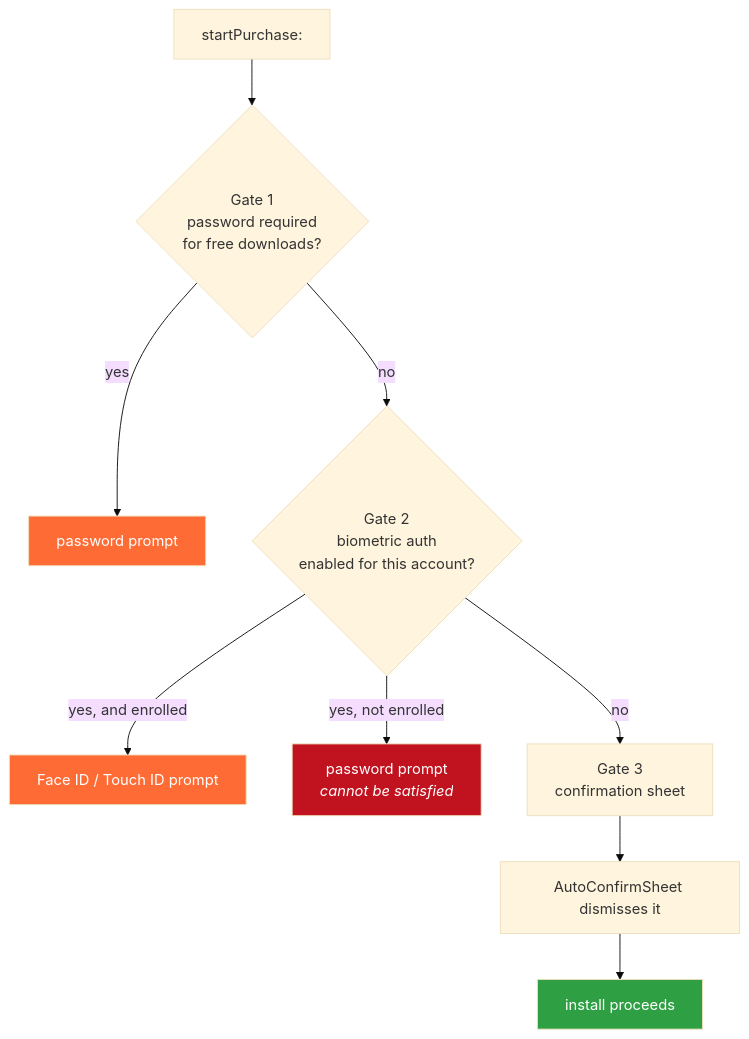
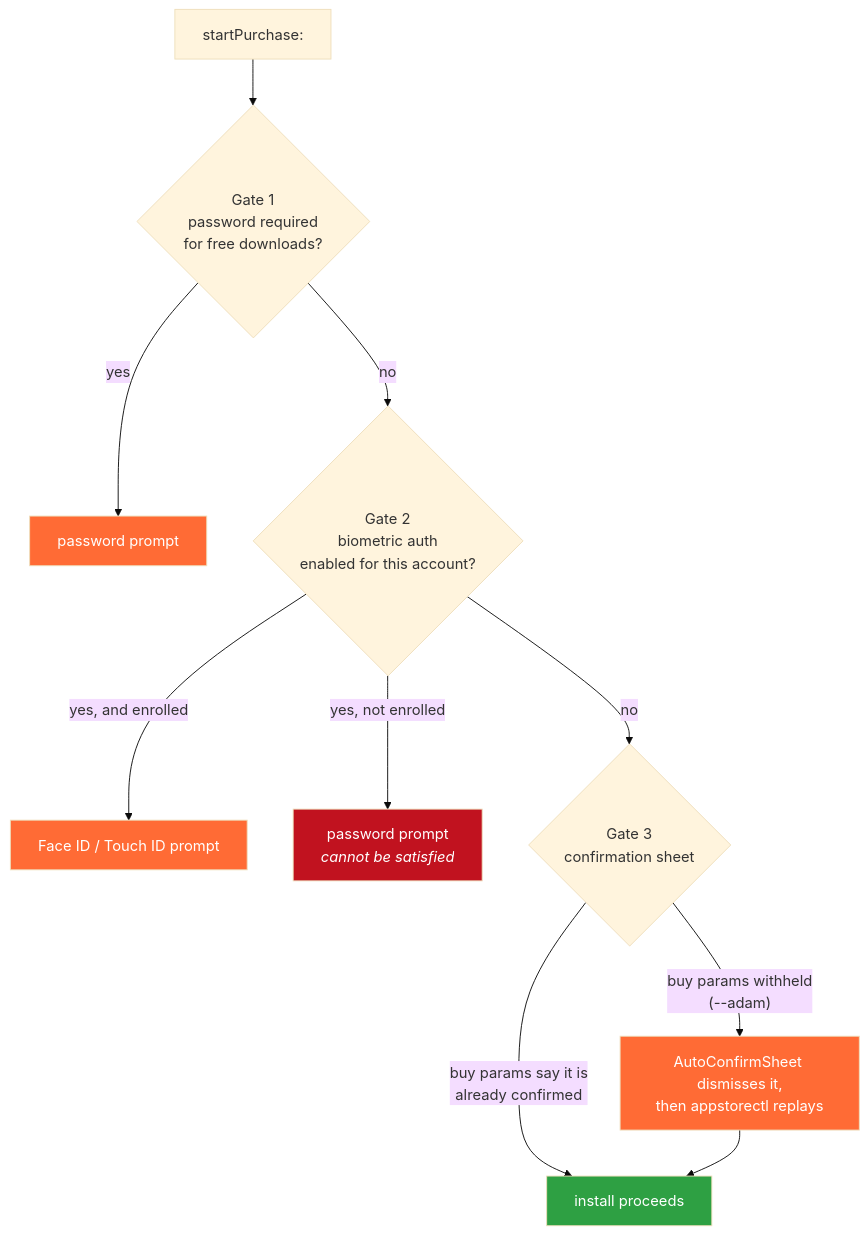
One commit to appknox/appstorectl changed the fourth of 8 diagrams in docs/HOW-IT-WORKS.md. Above: the diagram before and after it, drawn with Mermaid (base theme). The commit also changed other lines of this file and 4 other files, not shown here.

Commit message:
docs: update internal purchase flow

````diff
--- a/docs/HOW-IT-WORKS.md
+++ b/docs/HOW-IT-WORKS.md
@@ -152,16 +178,18 @@
 ```mermaid
 flowchart TD
     Start["startPurchase:"] --> G1{"Gate 1<br/>password required<br/>for free downloads?"}
     G1 -->|yes| P1["password prompt"]
     G1 -->|no| G2{"Gate 2<br/>biometric auth<br/>enabled for this account?"}
     G2 -->|yes, and enrolled| P2["Face ID / Touch ID prompt"]
     G2 -->|yes, not enrolled| P3["password prompt<br/><i>cannot be satisfied</i>"]
-    G2 -->|no| G3["Gate 3<br/>confirmation sheet"]
-    G3 --> T["AutoConfirmSheet dismisses it"]
-    T --> OK["install proceeds"]
+    G2 -->|no| G3{"Gate 3<br/>confirmation sheet"}
+    G3 -->|"buy params say it is<br/>already confirmed"| OK["install proceeds"]
+    G3 -->|"buy params withheld<br/>(--adam)"| T["AutoConfirmSheet dismisses it,<br/>then appstorectl replays"]
+    T --> OK
 
     style P1 fill:#FF6B35,color:#fff
     style P2 fill:#FF6B35,color:#fff
     style P3 fill:#c1121f,color:#fff
+    style T fill:#FF6B35,color:#fff
     style OK fill:#2EA043,color:#fff
 ```
````
